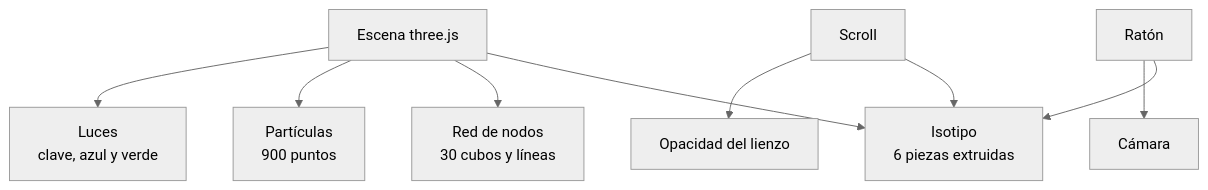
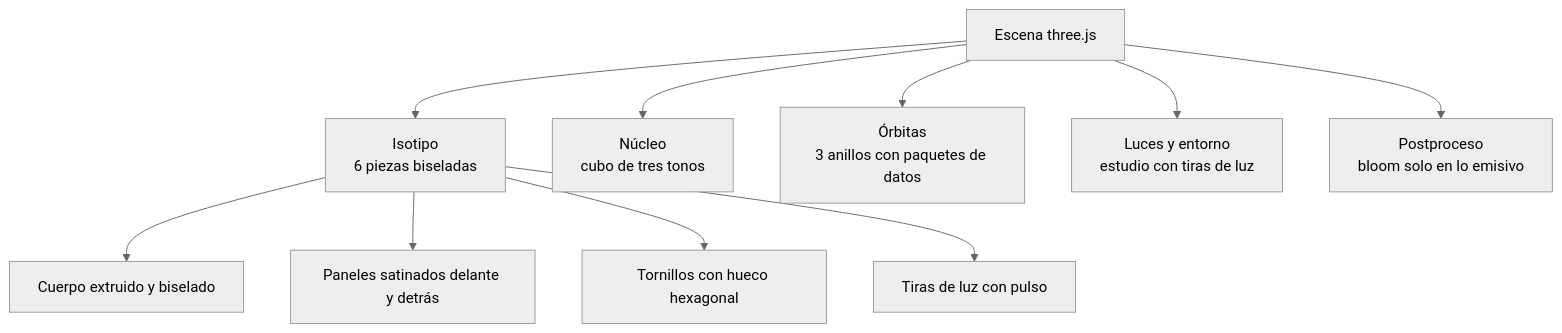
Before and after one commit to Figueira205/Figsoft: the second of 2 diagrams in README.md, drawn with Mermaid (neutral theme). The commit also changed other lines of this file and 17 other files, not shown here.

First line of the commit message:
Escena 3D remodelada: piezas biseladas con paneles, tornillos y tiras de luz, núcleo de cristal, bloom y coreografía con el scroll

````diff
--- a/README.md
+++ b/README.md
@@ -122,11 +126,12 @@
 ```mermaid
 flowchart TB
-  S["Escena three.js"] --> M["Isotipo<br/>6 piezas extruidas"]
-  S --> N["Red de nodos<br/>30 cubos y líneas"]
-  S --> P["Partículas<br/>900 puntos"]
-  S --> L["Luces<br/>clave, azul y verde"]
-  I1["Ratón"] --> M
-  I1 --> C["Cámara"]
-  I2["Scroll"] --> M
-  I2 --> O["Opacidad del lienzo"]
+  S["Escena three.js"] --> M["Isotipo<br/>6 piezas biseladas"]
+  S --> C["Núcleo<br/>cubo de tres tonos"]
+  S --> O["Órbitas<br/>3 anillos con paquetes de datos"]
+  S --> L["Luces y entorno<br/>estudio con tiras de luz"]
+  S --> P["Postproceso<br/>bloom solo en lo emisivo"]
+  M --> M1["Cuerpo extruido y biselado"]
+  M --> M2["Paneles satinados delante y detrás"]
+  M --> M3["Tornillos con hueco hexagonal"]
+  M --> M4["Tiras de luz con pulso"]
 ```
````
